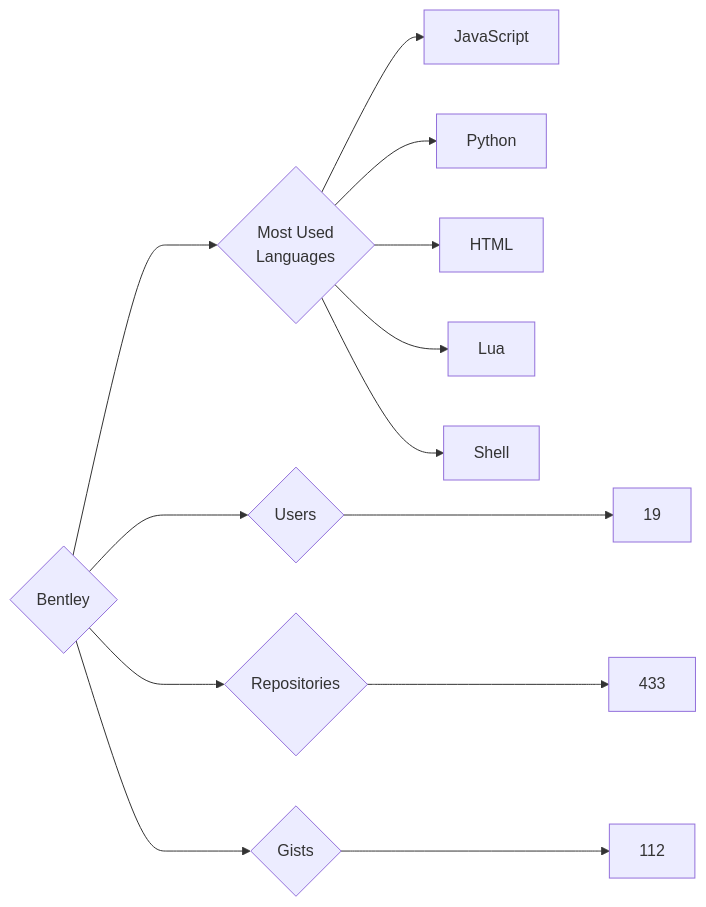
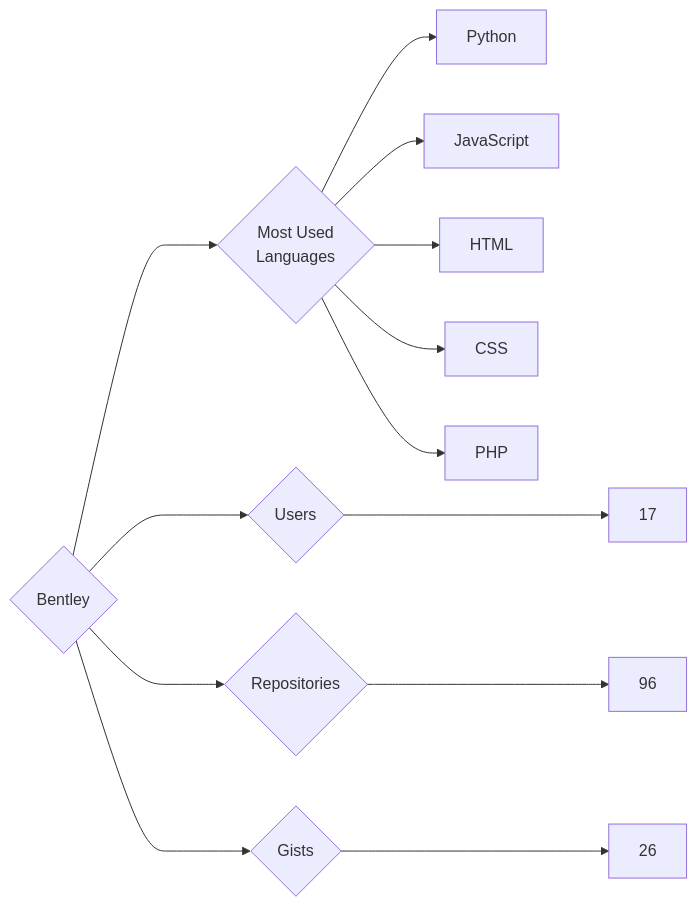
The diagram in targets/Bentley/README.md (trickest/insiders), drawn with Mermaid before and after one commit. The commit also changed 847 other files, not shown here.

````diff
--- a/targets/Bentley/README.md
+++ b/targets/Bentley/README.md
@@ -3,13 +3,13 @@
 ```mermaid
 graph LR
 COMPANY_NAME{Bentley}
-COMPANY_NAME ---> U{Users} ---> UN[19]
-COMPANY_NAME ---> R{Repositories} ---> RN[433]
-COMPANY_NAME ---> G{Gists} ---> GN[112]
+COMPANY_NAME ---> U{Users} ---> UN[17]
+COMPANY_NAME ---> R{Repositories} ---> RN[96]
+COMPANY_NAME ---> G{Gists} ---> GN[26]
 COMPANY_NAME ---> ML{Most Used<br>Languages}
+ML --> Python[Python]
 ML --> JavaScript[JavaScript]
-ML --> Python[Python]
 ML --> HTML[HTML]
-ML --> Lua[Lua]
-ML --> Shell[Shell]
+ML --> CSS[CSS]
+ML --> PHP[PHP]
 ```
````
